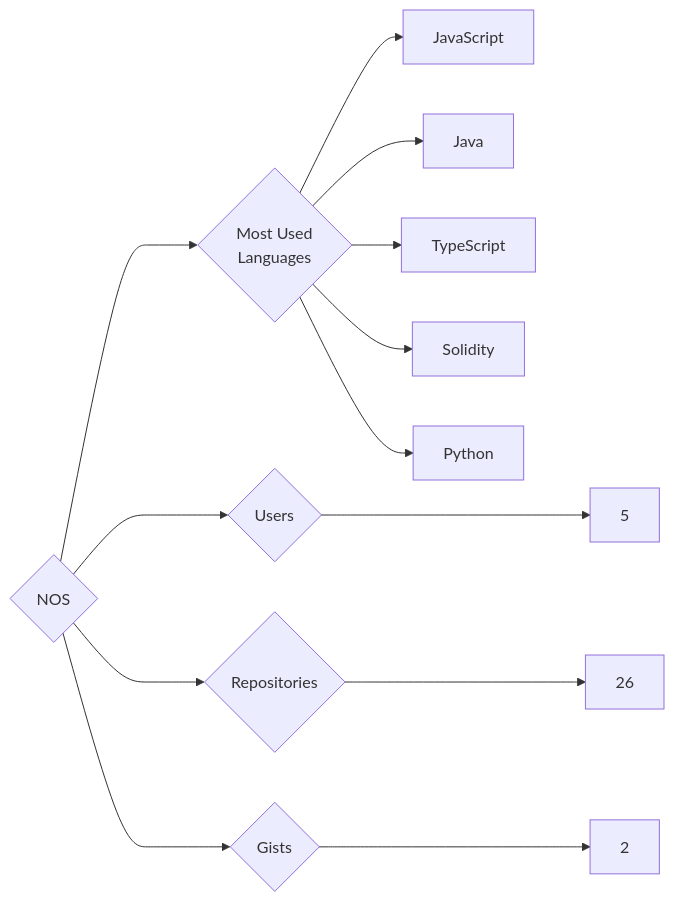
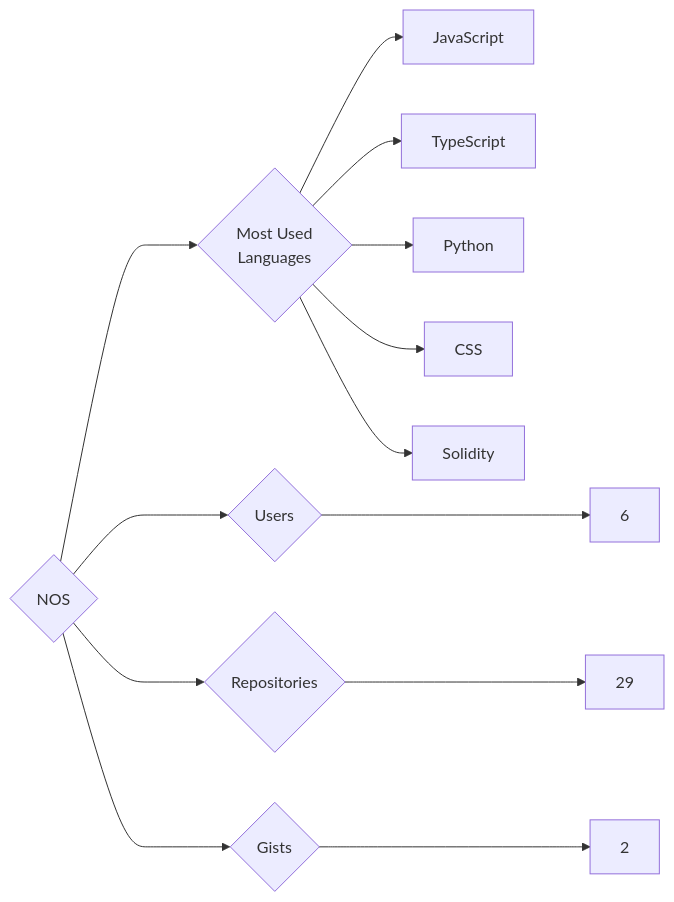
One commit to trickest/insiders changed the diagram in targets/NOS/README.md. Above: the diagram before and after it, drawn with Mermaid. The commit also changed 1389 other files, not shown here.

````diff
--- a/targets/NOS/README.md
+++ b/targets/NOS/README.md
@@ -3,13 +3,13 @@
 ```mermaid
 graph LR
 COMPANY_NAME{NOS}
-COMPANY_NAME ---> U{Users} ---> UN[5]
-COMPANY_NAME ---> R{Repositories} ---> RN[26]
+COMPANY_NAME ---> U{Users} ---> UN[6]
+COMPANY_NAME ---> R{Repositories} ---> RN[29]
 COMPANY_NAME ---> G{Gists} ---> GN[2]
 COMPANY_NAME ---> ML{Most Used<br>Languages}
 ML --> JavaScript[JavaScript]
-ML --> Java[Java]
 ML --> TypeScript[TypeScript]
+ML --> Python[Python]
+ML --> CSS[CSS]
 ML --> Solidity[Solidity]
-ML --> Python[Python]
 ```
````
